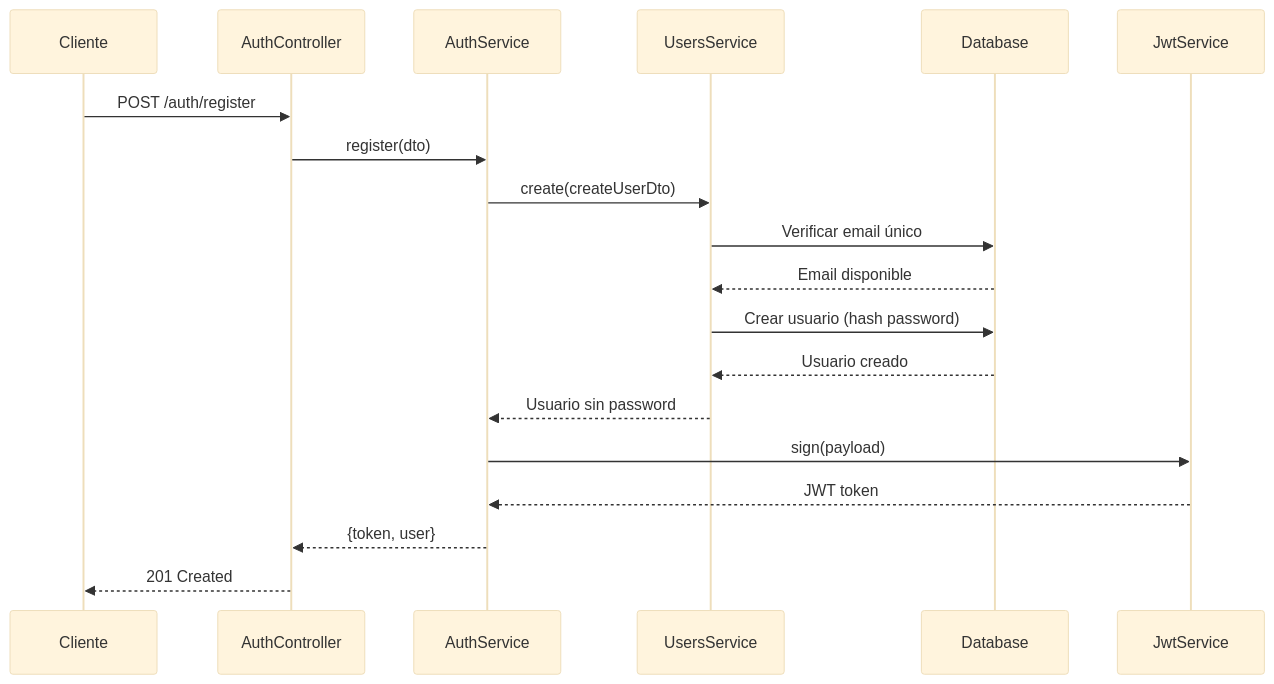
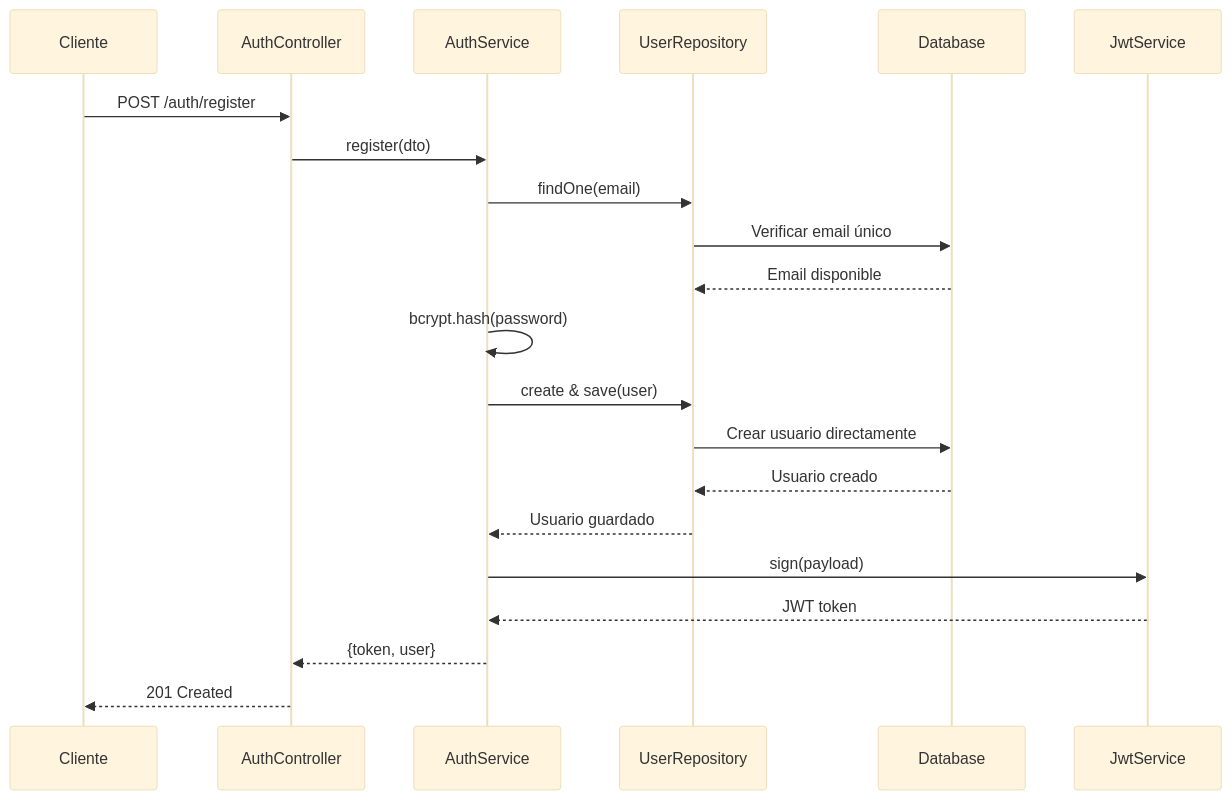
The first of 3 diagrams in docs/auth-module.md (TaylorAsprilla/backendOOTS), drawn with Mermaid (base theme) before and after one commit. The commit also changed other lines of this file and 5 other files, not shown here.

````diff
--- a/docs/auth-module.md
+++ b/docs/auth-module.md
@@ -509,22 +536,24 @@
 ```mermaid
 sequenceDiagram
     participant Cliente
     participant AuthController
     participant AuthService
-    participant UsersService
+    participant UserRepository
     participant Database
     participant JwtService
 
     Cliente->>AuthController: POST /auth/register
     AuthController->>AuthService: register(dto)
-    AuthService->>UsersService: create(createUserDto)
-    UsersService->>Database: Verificar email único
-    Database-->>UsersService: Email disponible
-    UsersService->>Database: Crear usuario (hash password)
-    Database-->>UsersService: Usuario creado
-    UsersService-->>AuthService: Usuario sin password
+    AuthService->>UserRepository: findOne(email)
+    UserRepository->>Database: Verificar email único
+    Database-->>UserRepository: Email disponible
+    AuthService->>AuthService: bcrypt.hash(password)
+    AuthService->>UserRepository: create & save(user)
+    UserRepository->>Database: Crear usuario directamente
+    Database-->>UserRepository: Usuario creado
+    UserRepository-->>AuthService: Usuario guardado
     AuthService->>JwtService: sign(payload)
     JwtService-->>AuthService: JWT token
     AuthService-->>AuthController: {token, user}
     AuthController-->>Cliente: 201 Created
 ```
````
